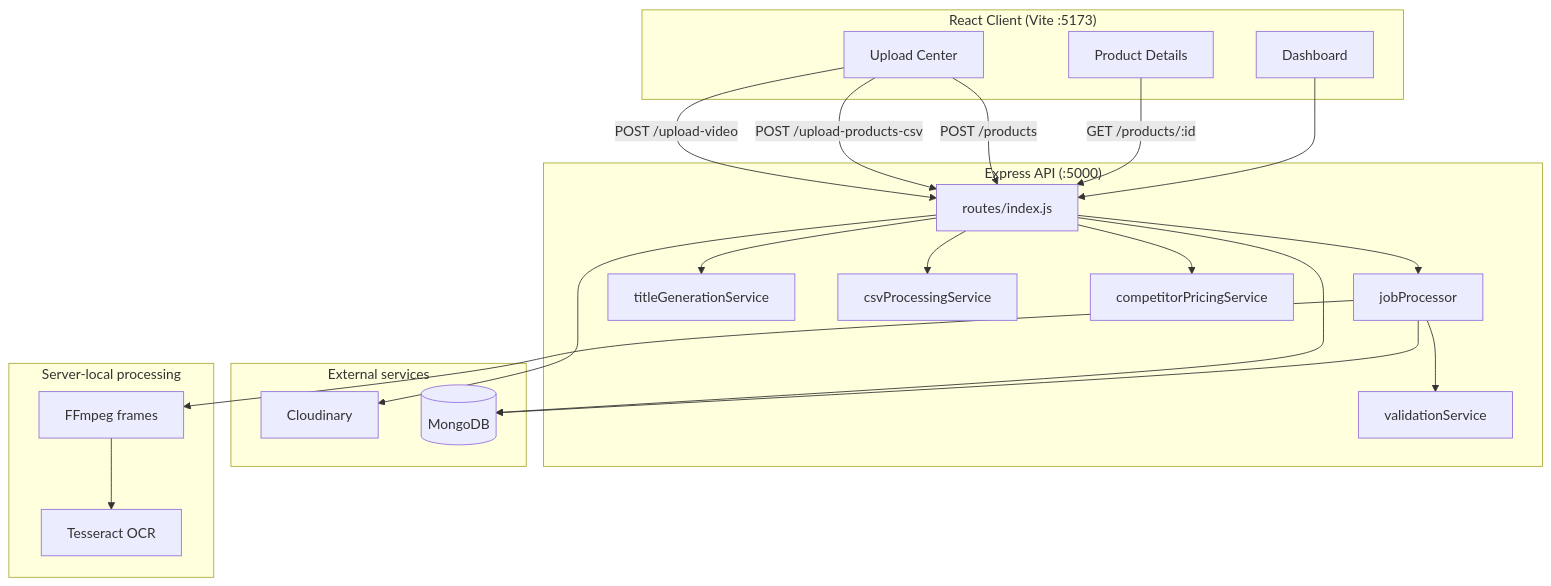
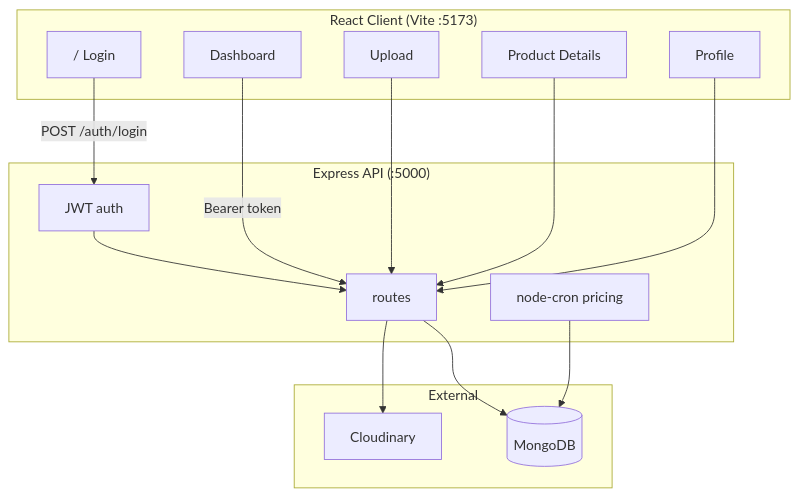
One commit to blackhorse2807/Product-Intelligence-Dashboard changed the diagram in README.md. Above: the diagram before and after it, drawn with Mermaid. The commit also changed other lines of this file and 32 other files, not shown here.

````diff
--- a/README.md
+++ b/README.md
@@ -61,43 +78,31 @@
 ```mermaid
 flowchart TB
   subgraph Client["React Client (Vite :5173)"]
-    UP[Upload Center]
+    LOGIN["/ Login"]
+    DASH[Dashboard]
+    UP[Upload]
     PD[Product Details]
-    DASH[Dashboard]
+    PROF[Profile]
   end
 
   subgraph API["Express API (:5000)"]
-    R[routes/index.js]
-    JP[jobProcessor]
-    VAL[validationService]
-    TIT[titleGenerationService]
-    CSV[csvProcessingService]
-    CP[competitorPricingService]
+    AUTH[JWT auth]
+    R[routes]
+    CRON[node-cron pricing]
   end
 
-  subgraph External["External services"]
+  subgraph External["External"]
     CL[Cloudinary]
     DB[(MongoDB)]
   end
 
-  subgraph Local["Server-local processing"]
-    FF[FFmpeg frames]
-    OCR[Tesseract OCR]
-  end
-
-  UP -->|POST /upload-video| R
-  UP -->|POST /upload-products-csv| R
-  UP -->|POST /products| R
+  LOGIN -->|POST /auth/login| AUTH
+  AUTH --> R
+  DASH -->|Bearer token| R
+  UP --> R
+  PD --> R
+  PROF --> R
   R --> CL
-  R --> JP
-  JP --> FF
-  FF --> OCR
-  JP --> VAL
-  R --> CSV
-  R --> TIT
-  PD -->|GET /products/:id| R
-  R --> CP
   R --> DB
-  JP --> DB
-  DASH --> R
+  CRON --> DB
 ```
````
